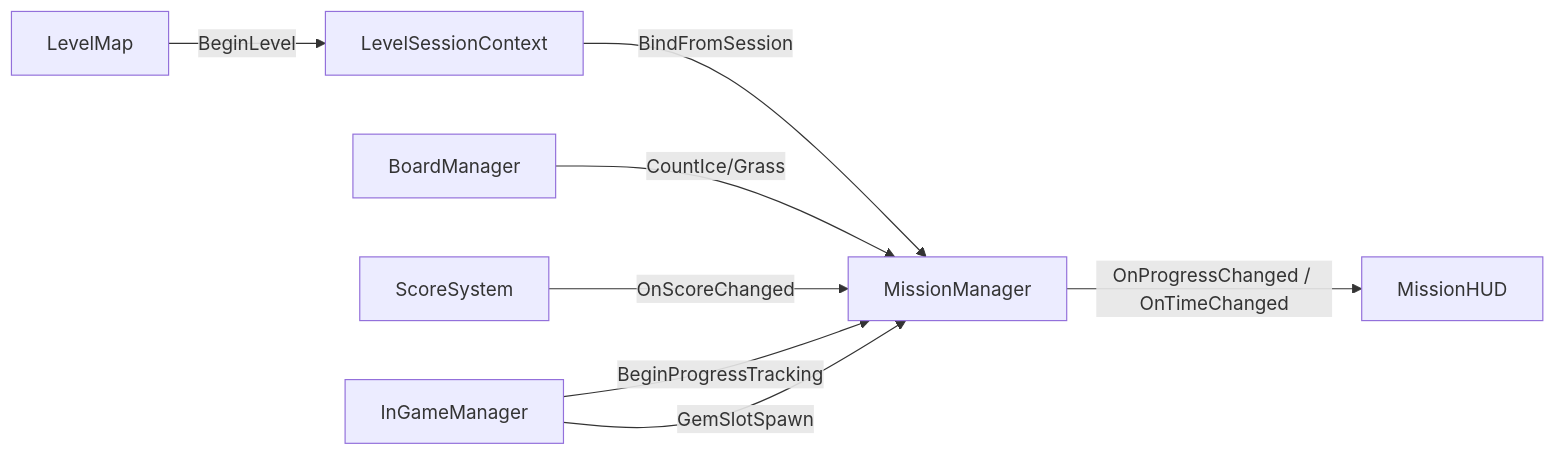
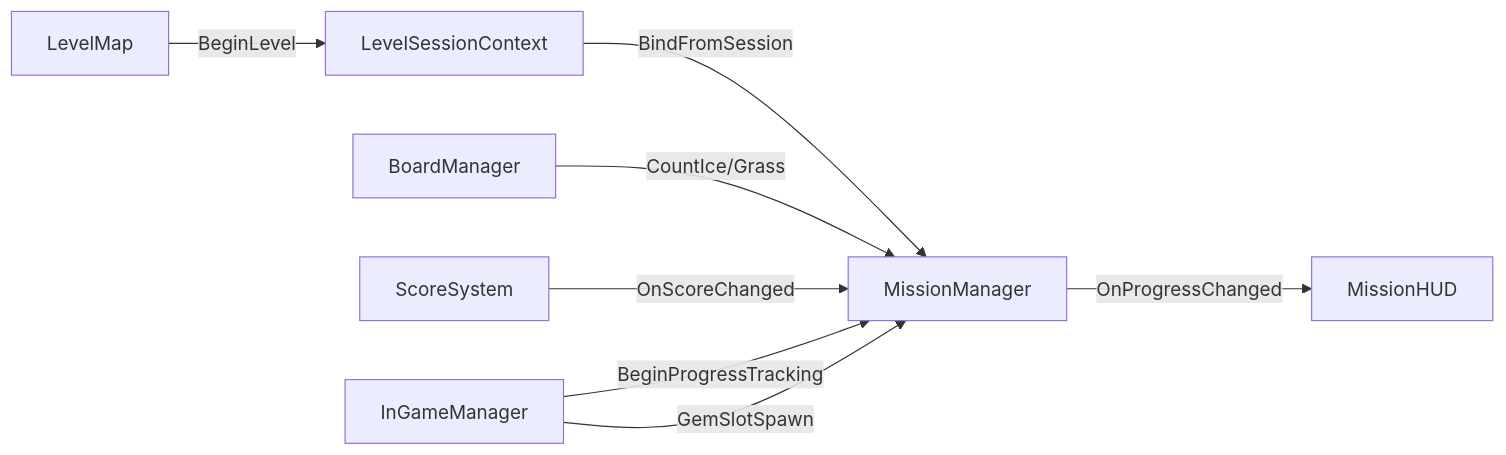
The first of 4 diagrams in docs/diagrams/mission-manager.md (chlghksgml01/BlockPuzzle), drawn with Mermaid before and after one commit. The commit also changed other lines of this file and 12 other files, not shown here.

````diff
--- a/docs/diagrams/mission-manager.md
+++ b/docs/diagrams/mission-manager.md
@@ -17,18 +17,18 @@
 ```mermaid
 flowchart LR
   MAP[LevelMap]
   CTX[LevelSessionContext]
   MM[MissionManager]
   HUD[MissionHUD]
   BM[BoardManager]
   SS[ScoreSystem]
   IGM[InGameManager]
 
   MAP -->|"BeginLevel"| CTX
   CTX -->|"BindFromSession"| MM
   IGM -->|"BeginProgressTracking"| MM
   BM -->|"CountIce/Grass"| MM
   IGM -->|"GemSlotSpawn"| MM
   SS -->|"OnScoreChanged"| MM
-  MM -->|"OnProgressChanged / OnTimeChanged"| HUD
+  MM -->|"OnProgressChanged"| HUD
 ```
````
